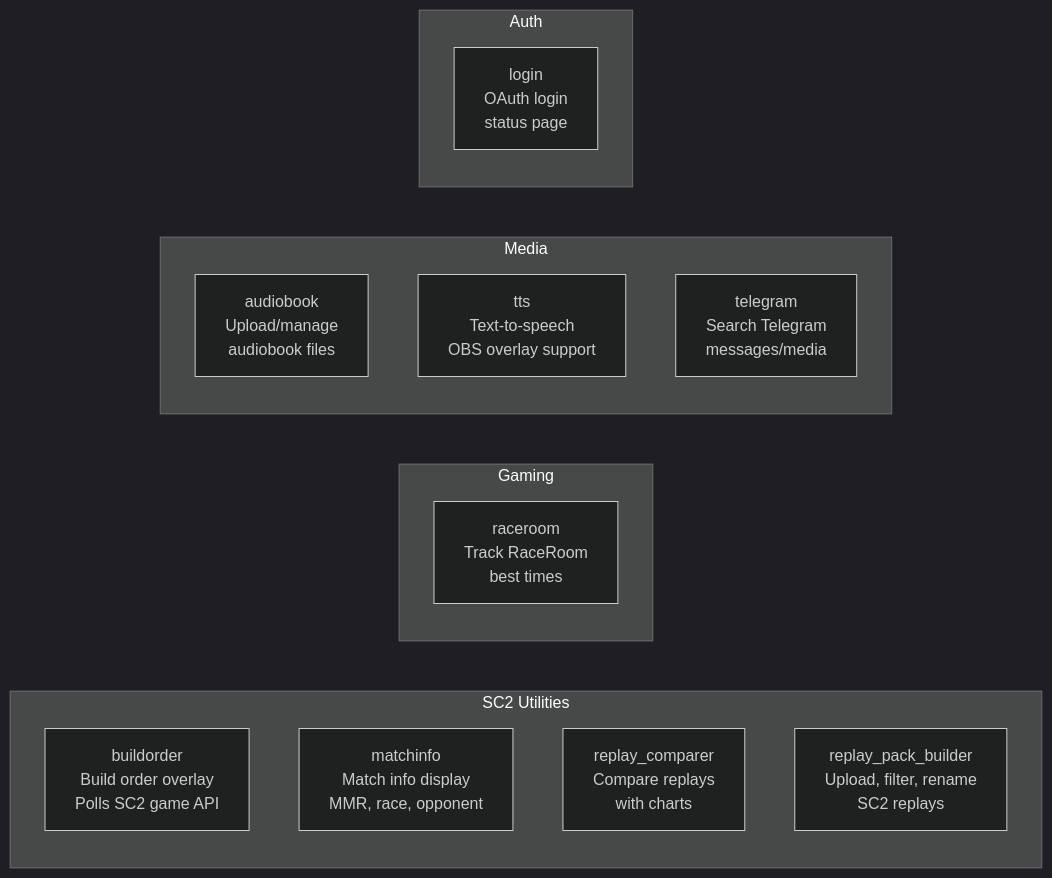
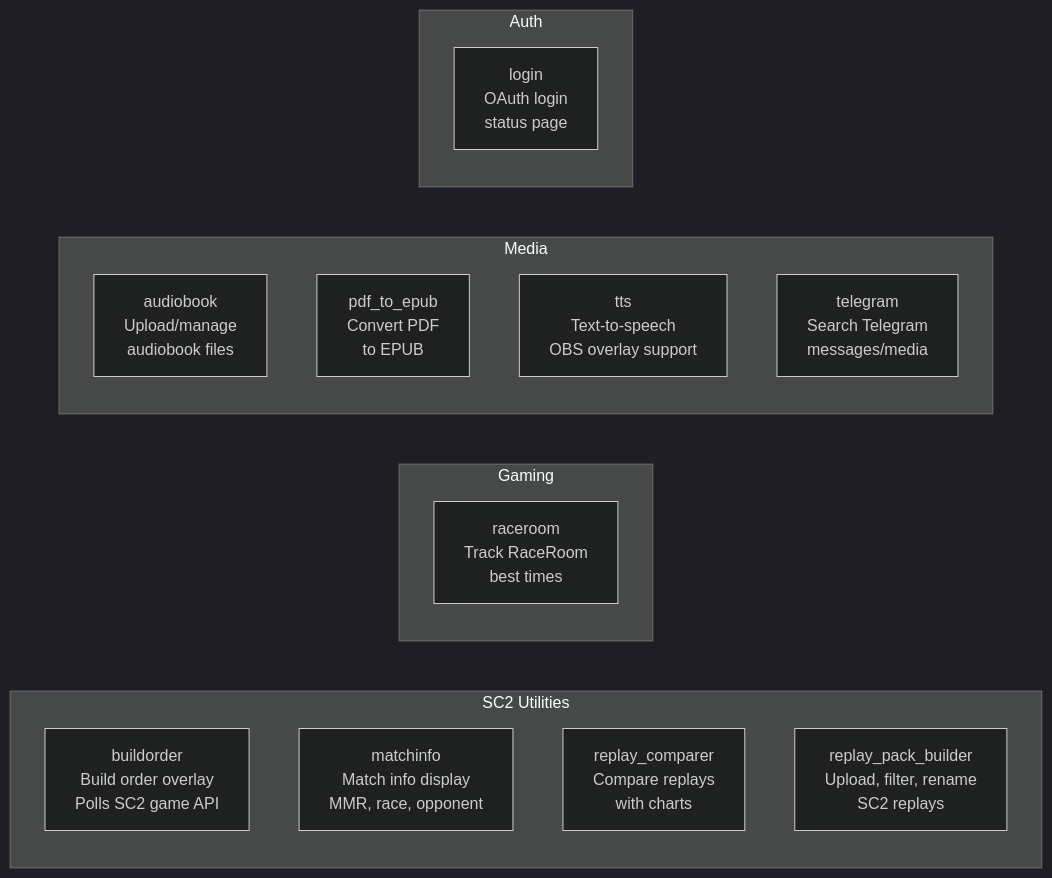
One commit to BurnySc2/monorepo changed the second of 5 diagrams in svelte_frontends/README.md. Above: the diagram before and after it, drawn with Mermaid (dark theme). The commit also changed other lines of this file and 25 other files, not shown here.

Commit message:
Add pdf to epub converter frontend

````diff
--- a/svelte_frontends/README.md
+++ b/svelte_frontends/README.md
@@ -56,23 +61,24 @@
 ```mermaid
 flowchart LR
     subgraph SC2_Apps["SC2 Utilities"]
         buildorder["buildorder<br/>Build order overlay<br/>Polls SC2 game API"]
         matchinfo["matchinfo<br/>Match info display<br/>MMR, race, opponent"]
         replay_comparer["replay_comparer<br/>Compare replays<br/>with charts"]
         replay_pack_builder["replay_pack_builder<br/>Upload, filter, rename<br/>SC2 replays"]
     end
 
     subgraph Gaming_Apps["Gaming"]
         raceroom["raceroom<br/>Track RaceRoom<br/>best times"]
     end
 
     subgraph Media_Apps["Media"]
         audiobook["audiobook<br/>Upload/manage<br/>audiobook files"]
+        pdf_to_epub["pdf_to_epub<br/>Convert PDF<br/>to EPUB"]
         tts["tts<br/>Text-to-speech<br/>OBS overlay support"]
         telegram["telegram<br/>Search Telegram<br/>messages/media"]
     end
 
     subgraph Auth_Apps["Auth"]
         login["login<br/>OAuth login<br/>status page"]
     end
 ```
````
